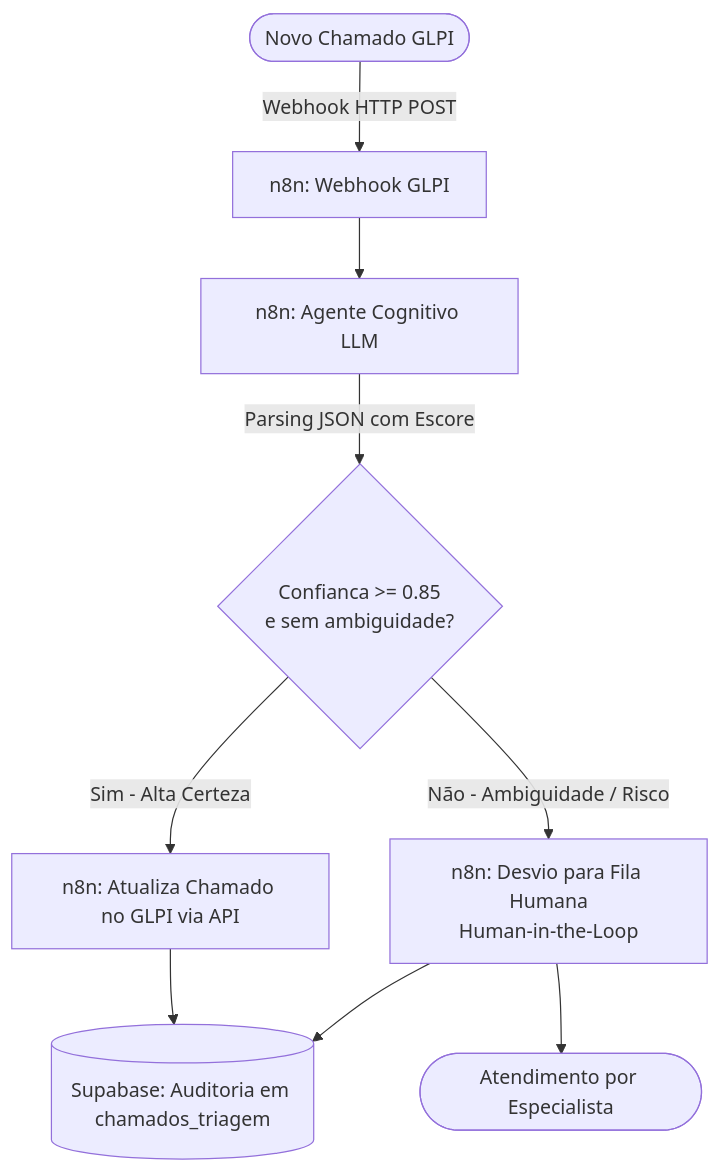
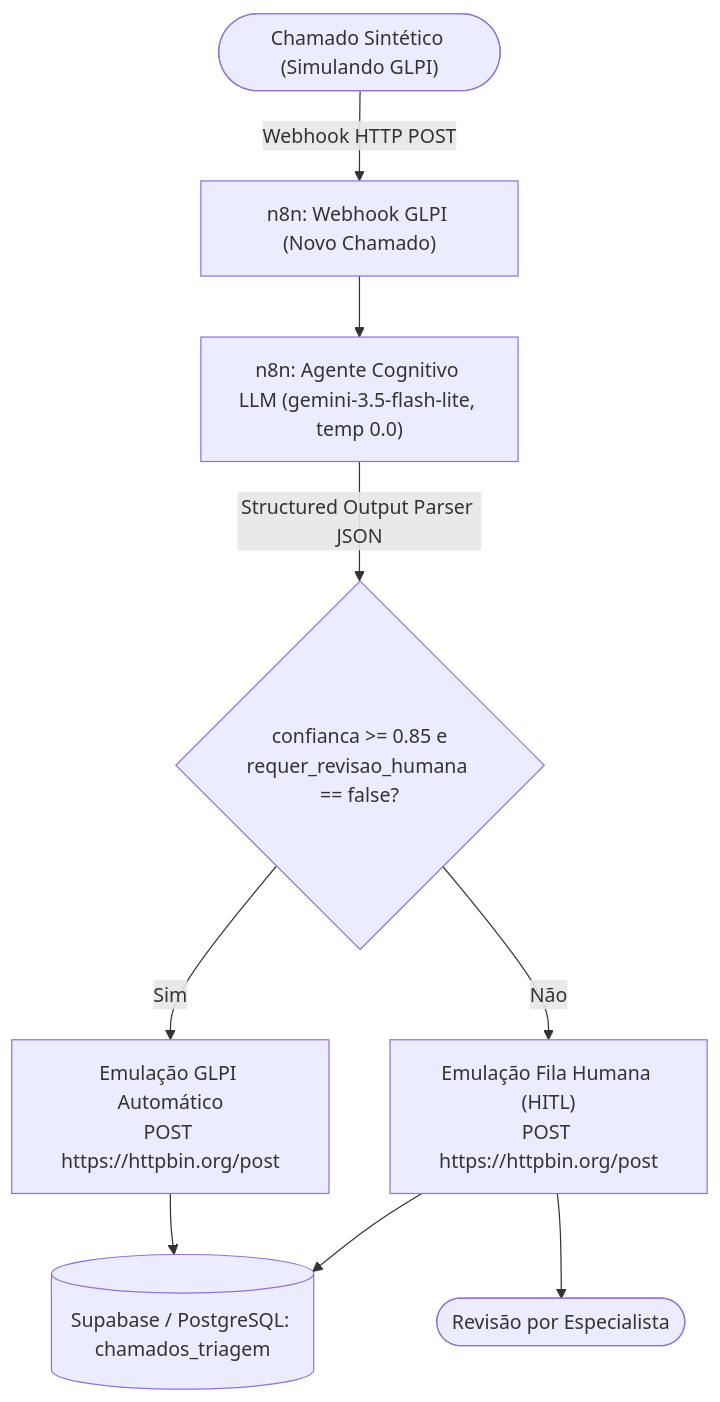
Before and after one commit to CaioLennonDEV/tcc-hiperautomacao-poc: the diagram in README.md, drawn with Mermaid. The commit also changed other lines of this file and 17 other files, not shown here.

Commit message:
docs: add initial PoC documentation, schemas, workflows, and evaluation evidence

````diff
--- a/README.md
+++ b/README.md
@@ -24,11 +25,11 @@
 ```mermaid
 flowchart TD
-    A([Novo Chamado GLPI]) -->|Webhook HTTP POST| B[n8n: Webhook GLPI]
-    B --> C[n8n: Agente Cognitivo LLM]
-    C -->|Parsing JSON com Escore| D{Confianca >= 0.85<br/>e sem ambiguidade?}
-    D -->|Sim - Alta Certeza| E[n8n: Atualiza Chamado no GLPI via API]
-    D -->|Não - Ambiguidade / Risco| G[n8n: Desvio para Fila Humana<br/>Human-in-the-Loop]
-    E --> F[(Supabase: Auditoria em chamados_triagem)]
+    A(["Chamado Sintético (Simulando GLPI)"]) -->|Webhook HTTP POST| B["n8n: Webhook GLPI (Novo Chamado)"]
+    B --> C["n8n: Agente Cognitivo LLM (gemini-3.5-flash-lite, temp 0.0)"]
+    C -->|Structured Output Parser JSON| D{"confianca >= 0.85 e<br/>requer_revisao_humana == false?"}
+    D -->|Sim| E["Emulação GLPI Automático<br/>POST https://httpbin.org/post"]
+    D -->|Não| G["Emulação Fila Humana (HITL)<br/>POST https://httpbin.org/post"]
+    E --> F[("Supabase / PostgreSQL: chamados_triagem")]
     G --> F
-    G --> H([Atendimento por Especialista])
+    G --> H(["Revisão por Especialista"])
 ```
````
